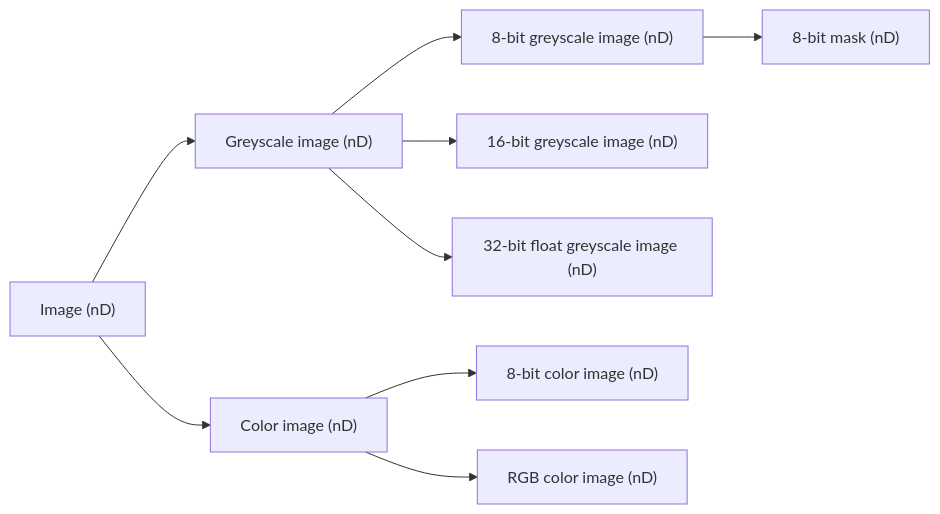
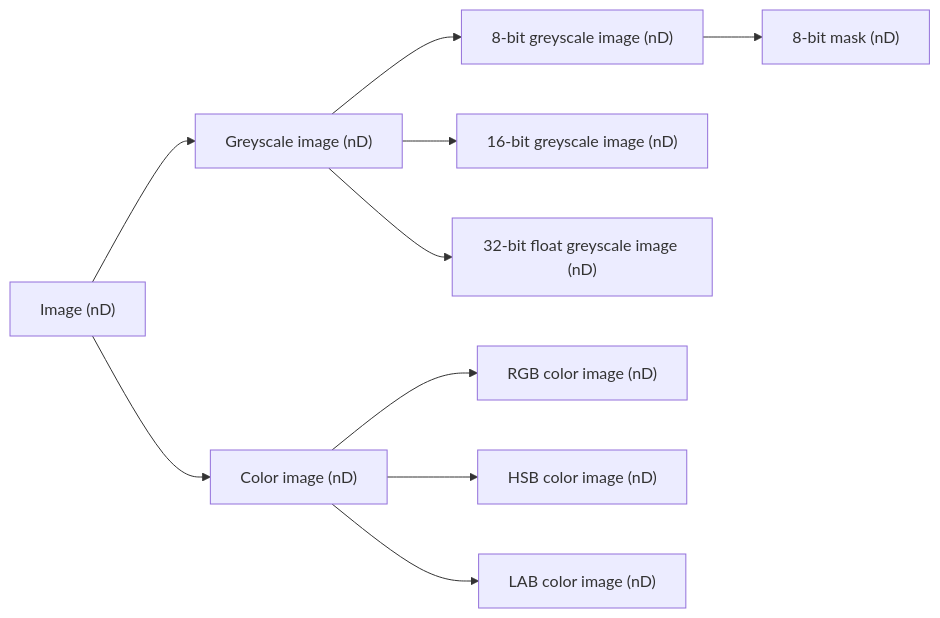
The diagram in content/documentation/standard-library/imagej-integration.md (applied-systems-biology/jipipe-website), drawn with Mermaid before and after one commit. The commit also changed other lines of this file and 7 other files, not shown here.

```diff
--- a/content/documentation/standard-library/imagej-integration.md
+++ b/content/documentation/standard-library/imagej-integration.md
@@ -34,11 +34,12 @@
 {{<mermaid align="left">}}
 graph LR;
 ImgPlus["Image (nD)"] --> ImgPlusGreyscale["Greyscale image (nD)"]
 ImgPlusGreyscale --> ImgPlusGreyscale8U["8-bit greyscale image (nD)"]
 ImgPlusGreyscale8U --> ImgPlusGreyscaleMask["8-bit mask (nD)"]
 ImgPlusGreyscale --> ImgPlusGreyscale16U["16-bit greyscale image (nD)"]
 ImgPlusGreyscale --> ImgPlusGreyscale32F["32-bit float greyscale image (nD)"]
 ImgPlus["Image (nD)"] --> ImgPlusColor["Color image (nD)"]
-ImgPlusColor --> ImgPlusColor8U["8-bit color image (nD)"]
 ImgPlusColor --> ImgPlusColorRGB["RGB color image (nD)"]
+ImgPlusColor --> ImgPlusColorHSB["HSB color image (nD)"]
+ImgPlusColor --> ImgPlusColorLAB["LAB color image (nD)"]
 {{< /mermaid >}}
```
